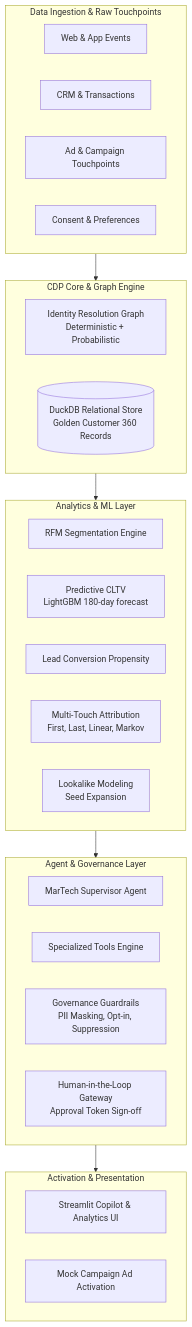
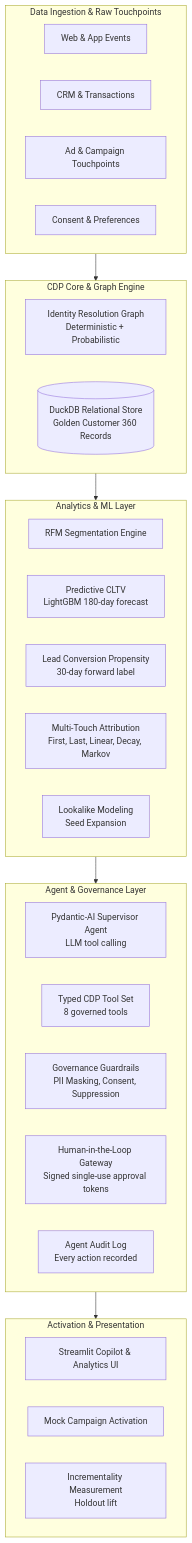
One commit to abhilashpanda04/agentic-customer-data-platform changed the diagram in README.md. Above: the diagram before and after it, drawn with Mermaid. The commit also changed other lines of this file and 2 other files, not shown here.

Commit message:
Align README with implementation; fix Streamlit approval flow; wire main.py to pipeline

````diff
--- a/README.md
+++ b/README.md
@@ -11,39 +13,41 @@
 ```mermaid
 flowchart TD
     subgraph Ingestion ["Data Ingestion & Raw Touchpoints"]
         A1[Web & App Events]
         A2[CRM & Transactions]
         A3[Ad & Campaign Touchpoints]
         A4[Consent & Preferences]
     end
 
     subgraph CDP ["CDP Core & Graph Engine"]
         B1[Identity Resolution Graph\nDeterministic + Probabilistic]
         B2[(DuckDB Relational Store\nGolden Customer 360 Records)]
     end
 
     subgraph Analytics ["Analytics & ML Layer"]
         C1[RFM Segmentation Engine]
         C2[Predictive CLTV\nLightGBM 180-day forecast]
-        C3[Lead Conversion Propensity]
-        C4[Multi-Touch Attribution\nFirst, Last, Linear, Markov]
+        C3[Lead Conversion Propensity\n30-day forward label]
+        C4[Multi-Touch Attribution\nFirst, Last, Linear, Decay, Markov]
         C5[Lookalike Modeling\nSeed Expansion]
     end
 
     subgraph Agent ["Agent & Governance Layer"]
-        D1[MarTech Supervisor Agent]
-        D2[Specialized Tools Engine]
-        D3[Governance Guardrails\nPII Masking, Opt-in, Suppression]
-        D4[Human-in-the-Loop Gateway\nApproval Token Sign-off]
+        D1[Pydantic-AI Supervisor Agent\nLLM tool calling]
+        D2[Typed CDP Tool Set\n8 governed tools]
+        D3[Governance Guardrails\nPII Masking, Consent, Suppression]
+        D4[Human-in-the-Loop Gateway\nSigned single-use approval tokens]
+        D5[Agent Audit Log\nEvery action recorded]
     end
 
     subgraph Activation ["Activation & Presentation"]
         E1[Streamlit Copilot & Analytics UI]
-        E2[Mock Campaign Ad Activation]
+        E2[Mock Campaign Activation]
+        E3[Incrementality Measurement\nHoldout lift]
     end
 
     Ingestion --> CDP
     CDP --> Analytics
     Analytics --> Agent
     Agent --> Activation
 ```
````
